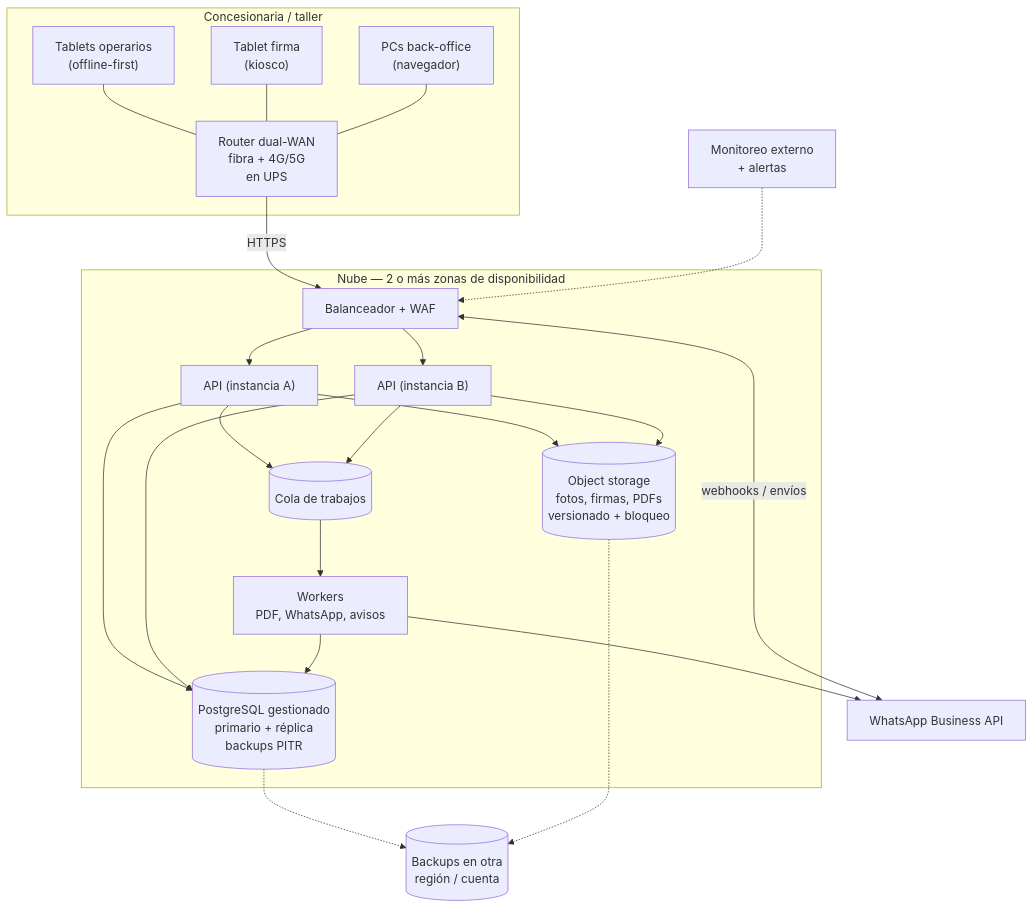
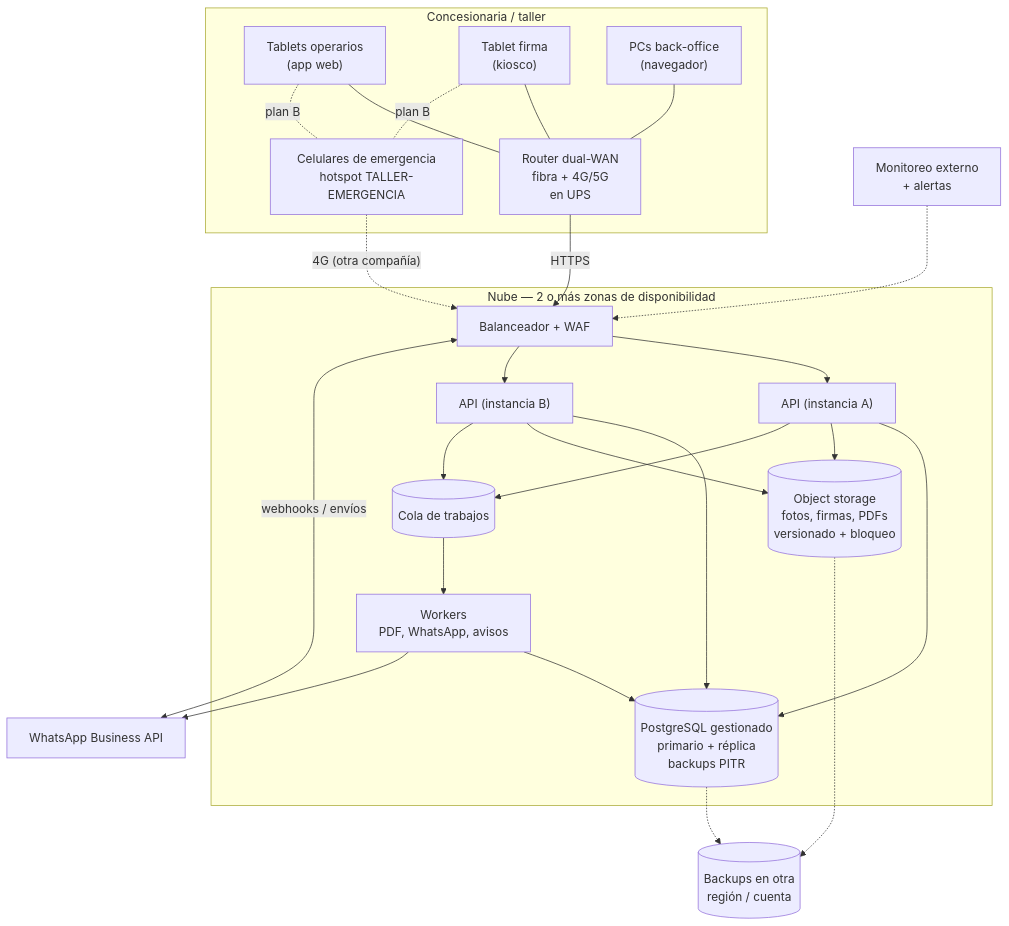
Before and after one commit to tomasruffo/Curso: the fifth of 5 diagrams in sistema-concesionaria/README.md, drawn with Mermaid. The commit also changed other lines of this file and 3 other files, not shown here.

First line of the commit message:
Pasar a tablets online y definir el plan de emergencia por niveles

````diff
--- a/sistema-concesionaria/README.md
+++ b/sistema-concesionaria/README.md
@@ -256,31 +258,34 @@
 ```mermaid
 flowchart TB
     subgraph LOCAL["Concesionaria / taller"]
-        TO["Tablets operarios<br/>(offline-first)"]
+        TO["Tablets operarios<br/>(app web)"]
         TF["Tablet firma<br/>(kiosco)"]
         PC["PCs back-office<br/>(navegador)"]
         R["Router dual-WAN<br/>fibra + 4G/5G<br/>en UPS"]
+        CEL["Celulares de emergencia<br/>hotspot TALLER-EMERGENCIA"]
         TO & TF & PC --- R
+        TO & TF -. "plan B" .- CEL
     end
     subgraph CLOUD["Nube — 2 o más zonas de disponibilidad"]
         LB["Balanceador + WAF"]
         API1["API (instancia A)"]
         API2["API (instancia B)"]
         WK["Workers<br/>PDF, WhatsApp, avisos"]
         Q[("Cola de trabajos")]
         DB[("PostgreSQL gestionado<br/>primario + réplica<br/>backups PITR")]
         S3[("Object storage<br/>fotos, firmas, PDFs<br/>versionado + bloqueo")]
         LB --> API1 & API2
         API1 & API2 --> DB & S3 & Q
         Q --> WK --> DB
     end
     WA["WhatsApp Business API"]
     BK[("Backups en otra<br/>región / cuenta")]
     MON["Monitoreo externo<br/>+ alertas"]
     R -- HTTPS --> LB
+    CEL -. "4G (otra compañía)" .-> LB
     WA <-- "webhooks / envíos" --> LB
     WK --> WA
     DB -.-> BK
     S3 -.-> BK
     MON -.-> LB
 ```
````
